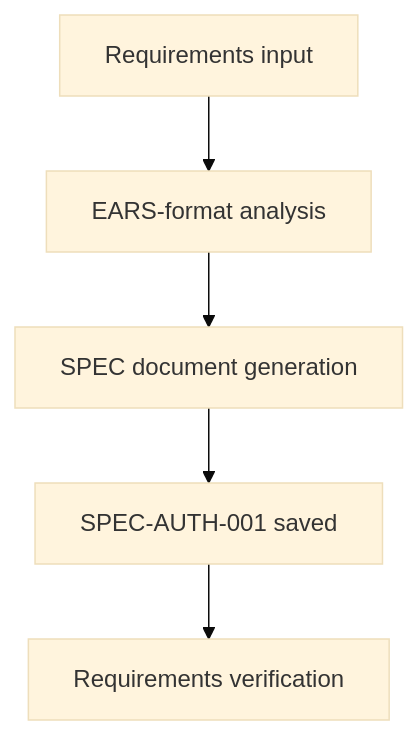
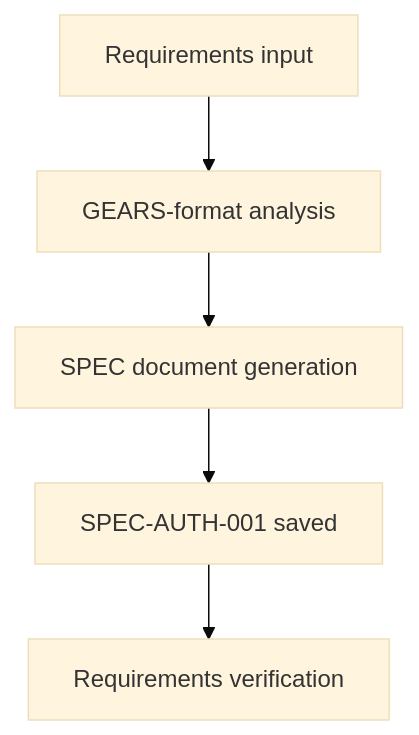
Before and after one commit to modu-ai/moai-adk: the second of 9 diagrams in docs-site/content/en/getting-started/quickstart.md, drawn with Mermaid (base theme). The commit also changed other lines of this file and 15 other files, not shown here.

````diff
--- a/docs-site/content/en/getting-started/quickstart.md
+++ b/docs-site/content/en/getting-started/quickstart.md
@@ -97,7 +97,7 @@
 ```mermaid
 flowchart TB
-    A["Requirements input"] --> B["EARS-format analysis"]
+    A["Requirements input"] --> B["GEARS-format analysis"]
     B --> C["SPEC document generation"]
     C --> D["SPEC-AUTH-001 saved"]
     D --> E["Requirements verification"]
 ```
````
